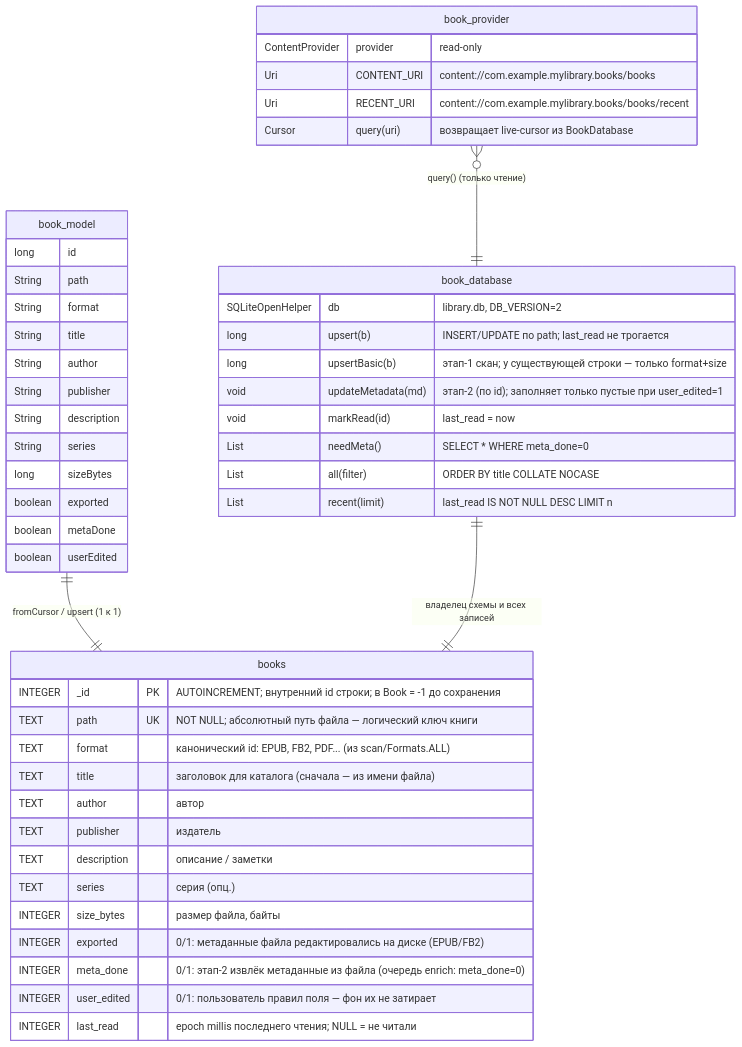
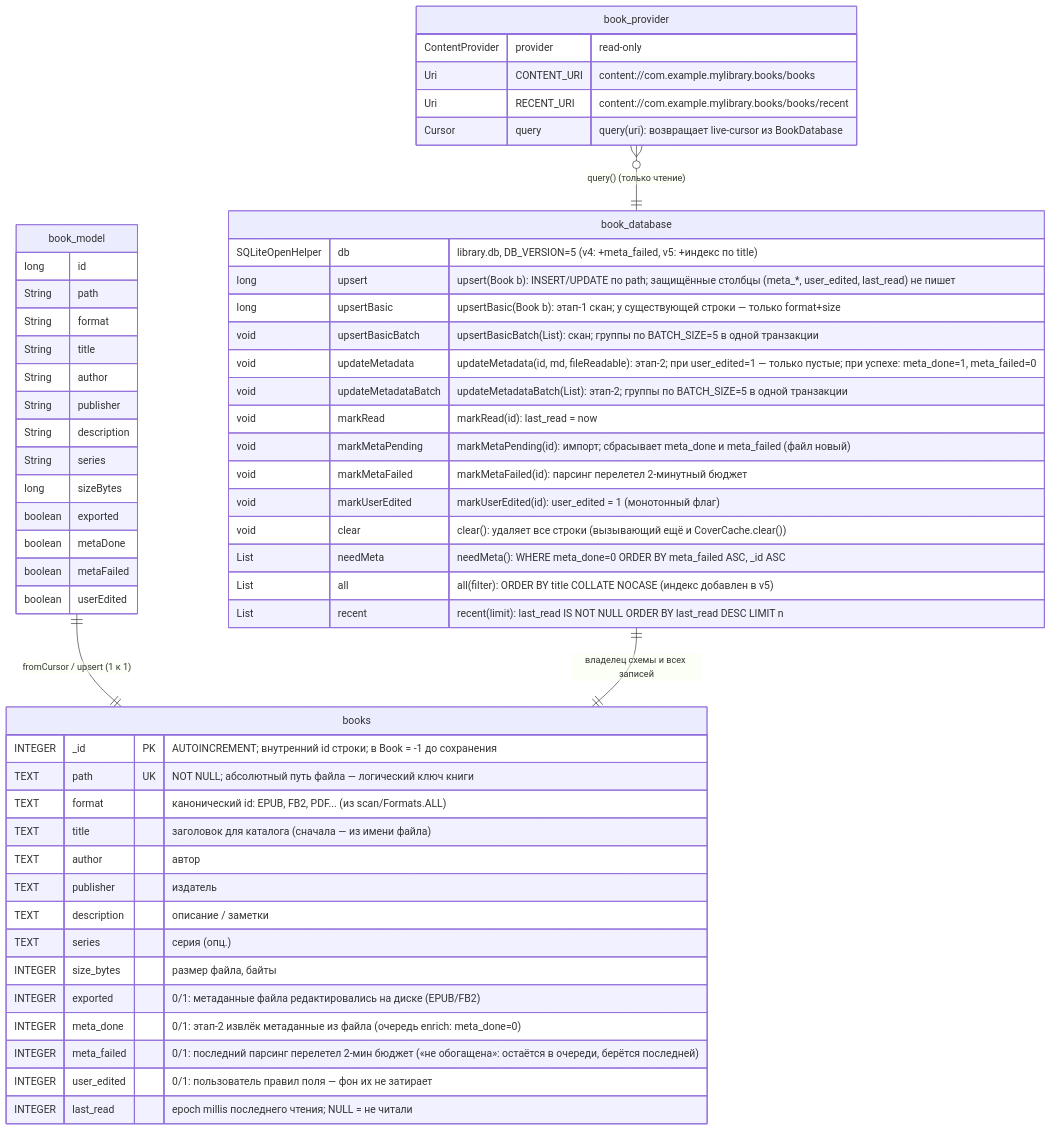
Before and after one commit to Klapatun/NeoLibrary: the diagram in docs/diagrams/db_er.mmd, drawn with Mermaid. The commit also changed 9 other files, not shown here.

```diff
--- a/docs/diagrams/db_er.mmd
+++ b/docs/diagrams/db_er.mmd
@@ -1,56 +1,64 @@
-%% Neo Library — ER-диаграмма каталога (SQLite, library.db)
+%% Neo Library — ER-диаграмма каталога (SQLite, library.db, v5)
 %% Одна таблица, одна строка = одна книга на диске.
 erDiagram
 
     books {
         INTEGER   _id          PK "AUTOINCREMENT; внутренний id строки; в Book = -1 до сохранения"
         TEXT      path         UK "NOT NULL; абсолютный путь файла — логический ключ книги"
         TEXT      format       "канонический id: EPUB, FB2, PDF... (из scan/Formats.ALL)"
         TEXT      title        "заголовок для каталога (сначала — из имени файла)"
         TEXT      author       "автор"
         TEXT      publisher    "издатель"
         TEXT      description  "описание / заметки"
         TEXT      series       "серия (опц.)"
         INTEGER   size_bytes   "размер файла, байты"
         INTEGER   exported     "0/1: метаданные файла редактировались на диске (EPUB/FB2)"
         INTEGER   meta_done    "0/1: этап-2 извлёк метаданные из файла (очередь enrich: meta_done=0)"
+        INTEGER   meta_failed  "0/1: последний парсинг перелетел 2-мин бюджет («не обогащена»: остаётся в очереди, берётся последней)"
         INTEGER   user_edited  "0/1: пользователь правил поля — фон их не затирает"
         INTEGER   last_read    "epoch millis последнего чтения; NULL = не читали"
     }
 
     book_model {
         long    id
         String  path
         String  format
         String  title
         String  author
         String  publisher
         String  description
         String  series
         long    sizeBytes
         boolean exported
         boolean metaDone
+        boolean metaFailed
         boolean userEdited
     }
 
     book_database {
-        SQLiteOpenHelper db "library.db, DB_VERSION=2"
-        long    upsert(b)        "INSERT/UPDATE по path; last_read не трогается"
-        long    upsertBasic(b)   "этап-1 скан; у существующей строки — только format+size"
-        void    updateMetadata(md) "этап-2 (по id); заполняет только пустые при user_edited=1"
-        void    markRead(id)     "last_read = now"
-        List    needMeta()       "SELECT * WHERE meta_done=0"
-        List    all(filter)      "ORDER BY title COLLATE NOCASE"
-        List    recent(limit)    "last_read IS NOT NULL DESC LIMIT n"
+        SQLiteOpenHelper db "library.db, DB_VERSION=5 (v4: +meta_failed, v5: +индекс по title)"
+        long    upsert               "upsert(Book b): INSERT/UPDATE по path; защищённые столбцы (meta_*, user_edited, last_read) не пишет"
+        long    upsertBasic          "upsertBasic(Book b): этап-1 скан; у существующей строки — только format+size"
+        void    upsertBasicBatch     "upsertBasicBatch(List): скан; группы по BATCH_SIZE=5 в одной транзакции"
+        void    updateMetadata       "updateMetadata(id, md, fileReadable): этап-2; при user_edited=1 — только пустые; при успехе: meta_done=1, meta_failed=0"
+        void    updateMetadataBatch  "updateMetadataBatch(List): этап-2; группы по BATCH_SIZE=5 в одной транзакции"
+        void    markRead             "markRead(id): last_read = now"
+        void    markMetaPending      "markMetaPending(id): импорт; сбрасывает meta_done и meta_failed (файл новый)"
+        void    markMetaFailed       "markMetaFailed(id): парсинг перелетел 2-минутный бюджет"
+        void    markUserEdited       "markUserEdited(id): user_edited = 1 (монотонный флаг)"
+        void    clear                "clear(): удаляет все строки (вызывающий ещё и CoverCache.clear())"
+        List    needMeta             "needMeta(): WHERE meta_done=0 ORDER BY meta_failed ASC, _id ASC"
+        List    all                  "all(filter): ORDER BY title COLLATE NOCASE (индекс добавлен в v5)"
+        List    recent               "recent(limit): last_read IS NOT NULL ORDER BY last_read DESC LIMIT n"
     }
 
     book_provider {
         ContentProvider provider "read-only"
         Uri CONTENT_URI  "content://com.example.mylibrary.books/books"
         Uri RECENT_URI   "content://com.example.mylibrary.books/books/recent"
-        Cursor query(uri) "возвращает live-cursor из BookDatabase"
+        Cursor query     "query(uri): возвращает live-cursor из BookDatabase"
     }
 
     book_model ||--|| books : "fromCursor / upsert (1 к 1)"
     book_database ||--|| books : "владелец схемы и всех записей"
     book_provider }o--|| book_database : "query() (только чтение)"
```
